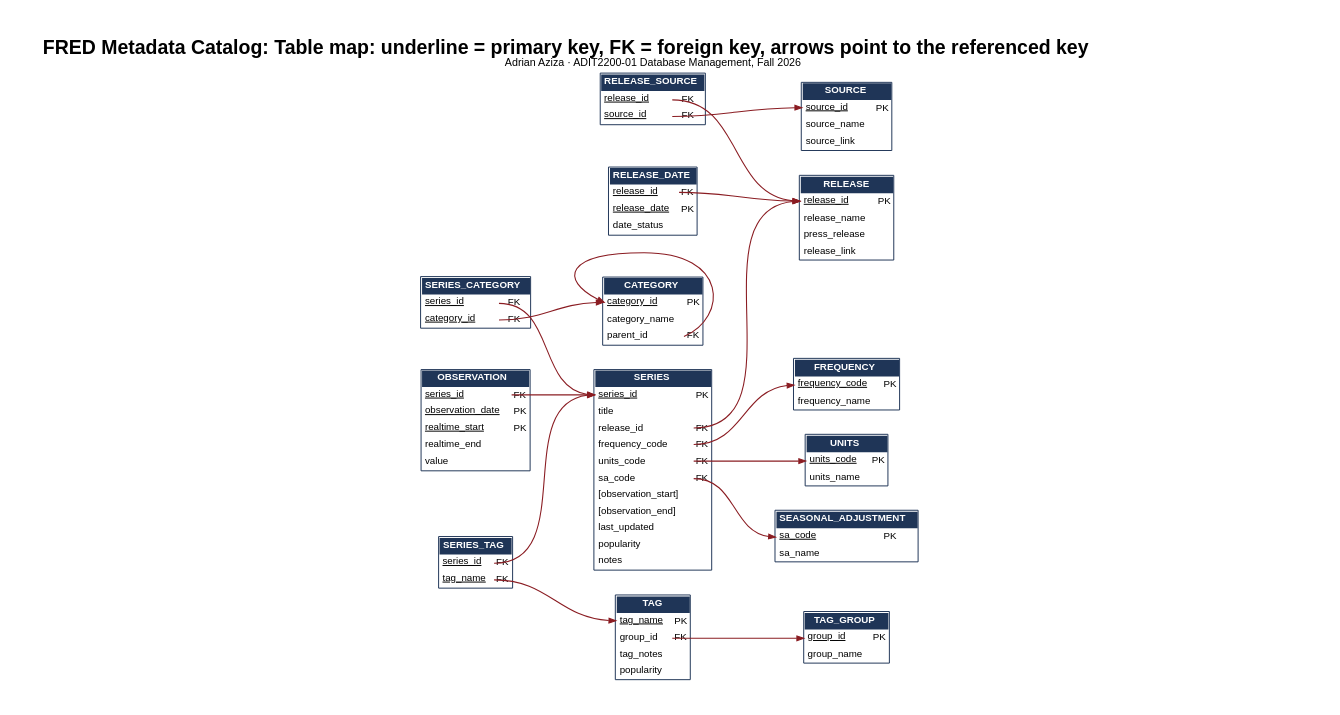
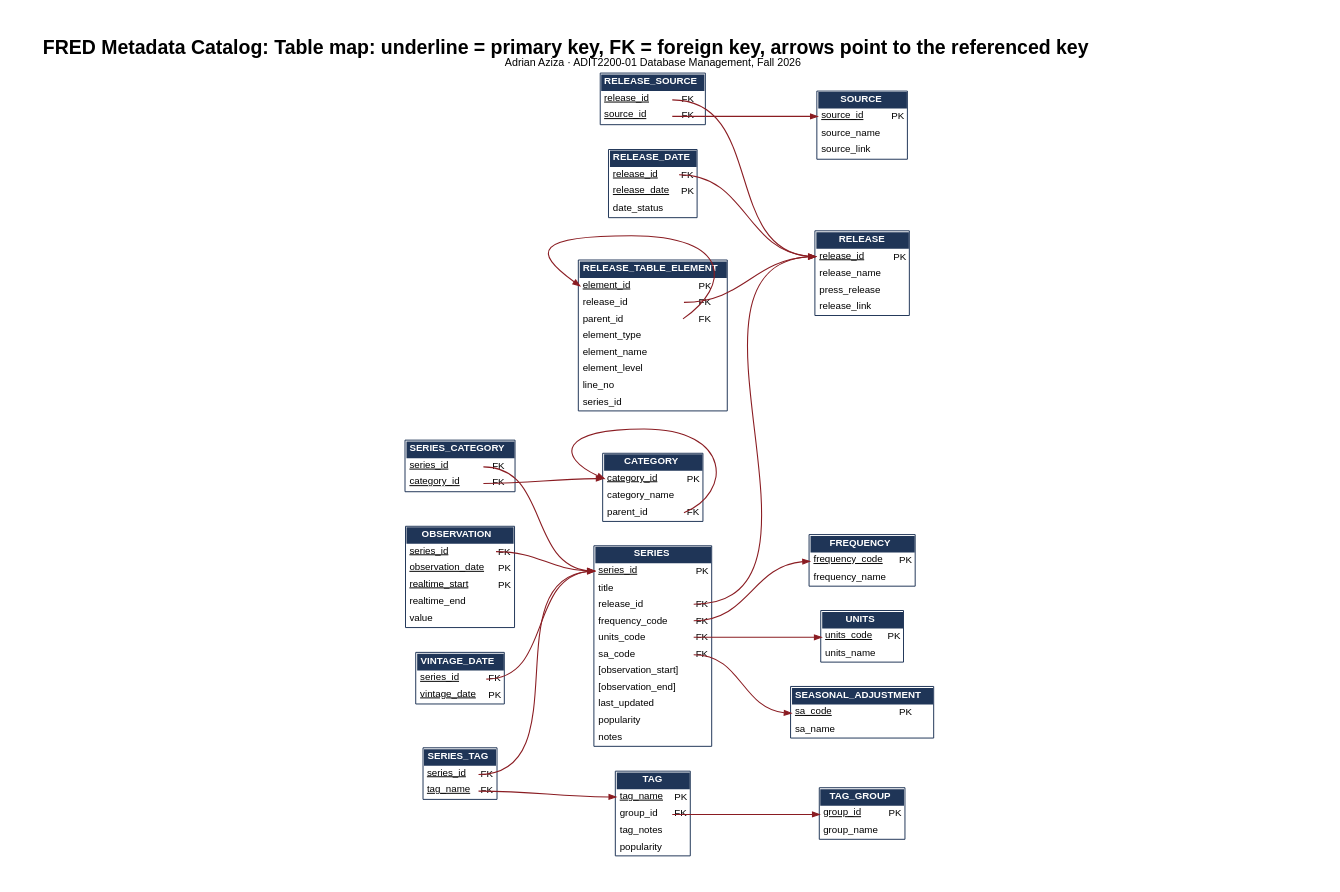
Before and after one commit to Radar41/Data_Retrival: the diagram in docs/design/fred_table_map.dot, drawn with Graphviz. The commit also changed 49 other files, not shown here.

First line of the commit message:
Add the release table tree and vintage dates to the catalog; loader --updates mode

```diff
--- a/docs/design/fred_table_map.dot
+++ b/docs/design/fred_table_map.dot
@@ -1,34 +1,39 @@
 digraph table_map {
 graph [rankdir=LR, pad=0.4, fontname="Helvetica", labelloc=t, fontsize=20, label=<<B>FRED Metadata Catalog: Table map: underline = primary key, FK = foreign key, arrows point to the referenced key</B><BR/><FONT POINT-SIZE="11">Adrian Aziza · ADIT2200-01 Database Management, Fall 2026</FONT>>, nodesep=0.35, ranksep=0.9, splines=true];
 node [fontname="Helvetica", fontsize=10, shape=plain];
 edge [color="#8a1c22", arrowsize=0.7, penwidth=1.1];
 "FREQUENCY" [label=<<TABLE BORDER="1" CELLBORDER="0" CELLSPACING="0" CELLPADDING="3" COLOR="#1f3557"><TR><TD BGCOLOR="#1f3557" COLSPAN="2"><FONT COLOR="white"><B>FREQUENCY</B></FONT></TD></TR><TR><TD PORT="frequency_code" ALIGN="LEFT"><U>frequency_code</U></TD><TD>PK</TD></TR><TR><TD PORT="frequency_name" ALIGN="LEFT">frequency_name</TD><TD></TD></TR></TABLE>>];
 "UNITS" [label=<<TABLE BORDER="1" CELLBORDER="0" CELLSPACING="0" CELLPADDING="3" COLOR="#1f3557"><TR><TD BGCOLOR="#1f3557" COLSPAN="2"><FONT COLOR="white"><B>UNITS</B></FONT></TD></TR><TR><TD PORT="units_code" ALIGN="LEFT"><U>units_code</U></TD><TD>PK</TD></TR><TR><TD PORT="units_name" ALIGN="LEFT">units_name</TD><TD></TD></TR></TABLE>>];
 "SEASONAL_ADJUSTMENT" [label=<<TABLE BORDER="1" CELLBORDER="0" CELLSPACING="0" CELLPADDING="3" COLOR="#1f3557"><TR><TD BGCOLOR="#1f3557" COLSPAN="2"><FONT COLOR="white"><B>SEASONAL_ADJUSTMENT</B></FONT></TD></TR><TR><TD PORT="sa_code" ALIGN="LEFT"><U>sa_code</U></TD><TD>PK</TD></TR><TR><TD PORT="sa_name" ALIGN="LEFT">sa_name</TD><TD></TD></TR></TABLE>>];
 "SOURCE" [label=<<TABLE BORDER="1" CELLBORDER="0" CELLSPACING="0" CELLPADDING="3" COLOR="#1f3557"><TR><TD BGCOLOR="#1f3557" COLSPAN="2"><FONT COLOR="white"><B>SOURCE</B></FONT></TD></TR><TR><TD PORT="source_id" ALIGN="LEFT"><U>source_id</U></TD><TD>PK</TD></TR><TR><TD PORT="source_name" ALIGN="LEFT">source_name</TD><TD></TD></TR><TR><TD PORT="source_link" ALIGN="LEFT">source_link</TD><TD></TD></TR></TABLE>>];
 "RELEASE" [label=<<TABLE BORDER="1" CELLBORDER="0" CELLSPACING="0" CELLPADDING="3" COLOR="#1f3557"><TR><TD BGCOLOR="#1f3557" COLSPAN="2"><FONT COLOR="white"><B>RELEASE</B></FONT></TD></TR><TR><TD PORT="release_id" ALIGN="LEFT"><U>release_id</U></TD><TD>PK</TD></TR><TR><TD PORT="release_name" ALIGN="LEFT">release_name</TD><TD></TD></TR><TR><TD PORT="press_release" ALIGN="LEFT">press_release</TD><TD></TD></TR><TR><TD PORT="release_link" ALIGN="LEFT">release_link</TD><TD></TD></TR></TABLE>>];
 "RELEASE_SOURCE" [label=<<TABLE BORDER="1" CELLBORDER="0" CELLSPACING="0" CELLPADDING="3" COLOR="#1f3557"><TR><TD BGCOLOR="#1f3557" COLSPAN="2"><FONT COLOR="white"><B>RELEASE_SOURCE</B></FONT></TD></TR><TR><TD PORT="release_id" ALIGN="LEFT"><U>release_id</U></TD><TD>FK</TD></TR><TR><TD PORT="source_id" ALIGN="LEFT"><U>source_id</U></TD><TD>FK</TD></TR></TABLE>>];
 "RELEASE_DATE" [label=<<TABLE BORDER="1" CELLBORDER="0" CELLSPACING="0" CELLPADDING="3" COLOR="#1f3557"><TR><TD BGCOLOR="#1f3557" COLSPAN="2"><FONT COLOR="white"><B>RELEASE_DATE</B></FONT></TD></TR><TR><TD PORT="release_id" ALIGN="LEFT"><U>release_id</U></TD><TD>FK</TD></TR><TR><TD PORT="release_date" ALIGN="LEFT"><U>release_date</U></TD><TD>PK</TD></TR><TR><TD PORT="date_status" ALIGN="LEFT">date_status</TD><TD></TD></TR></TABLE>>];
+"RELEASE_TABLE_ELEMENT" [label=<<TABLE BORDER="1" CELLBORDER="0" CELLSPACING="0" CELLPADDING="3" COLOR="#1f3557"><TR><TD BGCOLOR="#1f3557" COLSPAN="2"><FONT COLOR="white"><B>RELEASE_TABLE_ELEMENT</B></FONT></TD></TR><TR><TD PORT="element_id" ALIGN="LEFT"><U>element_id</U></TD><TD>PK</TD></TR><TR><TD PORT="release_id" ALIGN="LEFT">release_id</TD><TD>FK</TD></TR><TR><TD PORT="parent_id" ALIGN="LEFT">parent_id</TD><TD>FK</TD></TR><TR><TD PORT="element_type" ALIGN="LEFT">element_type</TD><TD></TD></TR><TR><TD PORT="element_name" ALIGN="LEFT">element_name</TD><TD></TD></TR><TR><TD PORT="element_level" ALIGN="LEFT">element_level</TD><TD></TD></TR><TR><TD PORT="line_no" ALIGN="LEFT">line_no</TD><TD></TD></TR><TR><TD PORT="series_id" ALIGN="LEFT">series_id</TD><TD></TD></TR></TABLE>>];
 "CATEGORY" [label=<<TABLE BORDER="1" CELLBORDER="0" CELLSPACING="0" CELLPADDING="3" COLOR="#1f3557"><TR><TD BGCOLOR="#1f3557" COLSPAN="2"><FONT COLOR="white"><B>CATEGORY</B></FONT></TD></TR><TR><TD PORT="category_id" ALIGN="LEFT"><U>category_id</U></TD><TD>PK</TD></TR><TR><TD PORT="category_name" ALIGN="LEFT">category_name</TD><TD></TD></TR><TR><TD PORT="parent_id" ALIGN="LEFT">parent_id</TD><TD>FK</TD></TR></TABLE>>];
 "TAG_GROUP" [label=<<TABLE BORDER="1" CELLBORDER="0" CELLSPACING="0" CELLPADDING="3" COLOR="#1f3557"><TR><TD BGCOLOR="#1f3557" COLSPAN="2"><FONT COLOR="white"><B>TAG_GROUP</B></FONT></TD></TR><TR><TD PORT="group_id" ALIGN="LEFT"><U>group_id</U></TD><TD>PK</TD></TR><TR><TD PORT="group_name" ALIGN="LEFT">group_name</TD><TD></TD></TR></TABLE>>];
 "TAG" [label=<<TABLE BORDER="1" CELLBORDER="0" CELLSPACING="0" CELLPADDING="3" COLOR="#1f3557"><TR><TD BGCOLOR="#1f3557" COLSPAN="2"><FONT COLOR="white"><B>TAG</B></FONT></TD></TR><TR><TD PORT="tag_name" ALIGN="LEFT"><U>tag_name</U></TD><TD>PK</TD></TR><TR><TD PORT="group_id" ALIGN="LEFT">group_id</TD><TD>FK</TD></TR><TR><TD PORT="tag_notes" ALIGN="LEFT">tag_notes</TD><TD></TD></TR><TR><TD PORT="popularity" ALIGN="LEFT">popularity</TD><TD></TD></TR></TABLE>>];
 "SERIES" [label=<<TABLE BORDER="1" CELLBORDER="0" CELLSPACING="0" CELLPADDING="3" COLOR="#1f3557"><TR><TD BGCOLOR="#1f3557" COLSPAN="2"><FONT COLOR="white"><B>SERIES</B></FONT></TD></TR><TR><TD PORT="series_id" ALIGN="LEFT"><U>series_id</U></TD><TD>PK</TD></TR><TR><TD PORT="title" ALIGN="LEFT">title</TD><TD></TD></TR><TR><TD PORT="release_id" ALIGN="LEFT">release_id</TD><TD>FK</TD></TR><TR><TD PORT="frequency_code" ALIGN="LEFT">frequency_code</TD><TD>FK</TD></TR><TR><TD PORT="units_code" ALIGN="LEFT">units_code</TD><TD>FK</TD></TR><TR><TD PORT="sa_code" ALIGN="LEFT">sa_code</TD><TD>FK</TD></TR><TR><TD PORT="observation_start" ALIGN="LEFT">[observation_start]</TD><TD></TD></TR><TR><TD PORT="observation_end" ALIGN="LEFT">[observation_end]</TD><TD></TD></TR><TR><TD PORT="last_updated" ALIGN="LEFT">last_updated</TD><TD></TD></TR><TR><TD PORT="popularity" ALIGN="LEFT">popularity</TD><TD></TD></TR><TR><TD PORT="notes" ALIGN="LEFT">notes</TD><TD></TD></TR></TABLE>>];
 "SERIES_CATEGORY" [label=<<TABLE BORDER="1" CELLBORDER="0" CELLSPACING="0" CELLPADDING="3" COLOR="#1f3557"><TR><TD BGCOLOR="#1f3557" COLSPAN="2"><FONT COLOR="white"><B>SERIES_CATEGORY</B></FONT></TD></TR><TR><TD PORT="series_id" ALIGN="LEFT"><U>series_id</U></TD><TD>FK</TD></TR><TR><TD PORT="category_id" ALIGN="LEFT"><U>category_id</U></TD><TD>FK</TD></TR></TABLE>>];
 "SERIES_TAG" [label=<<TABLE BORDER="1" CELLBORDER="0" CELLSPACING="0" CELLPADDING="3" COLOR="#1f3557"><TR><TD BGCOLOR="#1f3557" COLSPAN="2"><FONT COLOR="white"><B>SERIES_TAG</B></FONT></TD></TR><TR><TD PORT="series_id" ALIGN="LEFT"><U>series_id</U></TD><TD>FK</TD></TR><TR><TD PORT="tag_name" ALIGN="LEFT"><U>tag_name</U></TD><TD>FK</TD></TR></TABLE>>];
 "OBSERVATION" [label=<<TABLE BORDER="1" CELLBORDER="0" CELLSPACING="0" CELLPADDING="3" COLOR="#1f3557"><TR><TD BGCOLOR="#1f3557" COLSPAN="2"><FONT COLOR="white"><B>OBSERVATION</B></FONT></TD></TR><TR><TD PORT="series_id" ALIGN="LEFT"><U>series_id</U></TD><TD>FK</TD></TR><TR><TD PORT="observation_date" ALIGN="LEFT"><U>observation_date</U></TD><TD>PK</TD></TR><TR><TD PORT="realtime_start" ALIGN="LEFT"><U>realtime_start</U></TD><TD>PK</TD></TR><TR><TD PORT="realtime_end" ALIGN="LEFT">realtime_end</TD><TD></TD></TR><TR><TD PORT="value" ALIGN="LEFT">value</TD><TD></TD></TR></TABLE>>];
+"VINTAGE_DATE" [label=<<TABLE BORDER="1" CELLBORDER="0" CELLSPACING="0" CELLPADDING="3" COLOR="#1f3557"><TR><TD BGCOLOR="#1f3557" COLSPAN="2"><FONT COLOR="white"><B>VINTAGE_DATE</B></FONT></TD></TR><TR><TD PORT="series_id" ALIGN="LEFT"><U>series_id</U></TD><TD>FK</TD></TR><TR><TD PORT="vintage_date" ALIGN="LEFT"><U>vintage_date</U></TD><TD>PK</TD></TR></TABLE>>];
 "RELEASE_SOURCE":"release_id":e -> "RELEASE":"release_id":w;
 "RELEASE_SOURCE":"source_id":e -> "SOURCE":"source_id":w;
 "RELEASE_DATE":"release_id":e -> "RELEASE":"release_id":w;
+"RELEASE_TABLE_ELEMENT":"release_id":e -> "RELEASE":"release_id":w;
+"RELEASE_TABLE_ELEMENT":"parent_id":e -> "RELEASE_TABLE_ELEMENT":"element_id":w;
 "CATEGORY":"parent_id":e -> "CATEGORY":"category_id":w;
 "TAG":"group_id":e -> "TAG_GROUP":"group_id":w;
 "SERIES":"release_id":e -> "RELEASE":"release_id":w;
 "SERIES":"frequency_code":e -> "FREQUENCY":"frequency_code":w;
 "SERIES":"units_code":e -> "UNITS":"units_code":w;
 "SERIES":"sa_code":e -> "SEASONAL_ADJUSTMENT":"sa_code":w;
 "SERIES_CATEGORY":"series_id":e -> "SERIES":"series_id":w;
 "SERIES_CATEGORY":"category_id":e -> "CATEGORY":"category_id":w;
 "SERIES_TAG":"series_id":e -> "SERIES":"series_id":w;
 "SERIES_TAG":"tag_name":e -> "TAG":"tag_name":w;
 "OBSERVATION":"series_id":e -> "SERIES":"series_id":w;
+"VINTAGE_DATE":"series_id":e -> "SERIES":"series_id":w;
 {rank=same; FREQUENCY; UNITS; SEASONAL_ADJUSTMENT;}
 }
```
